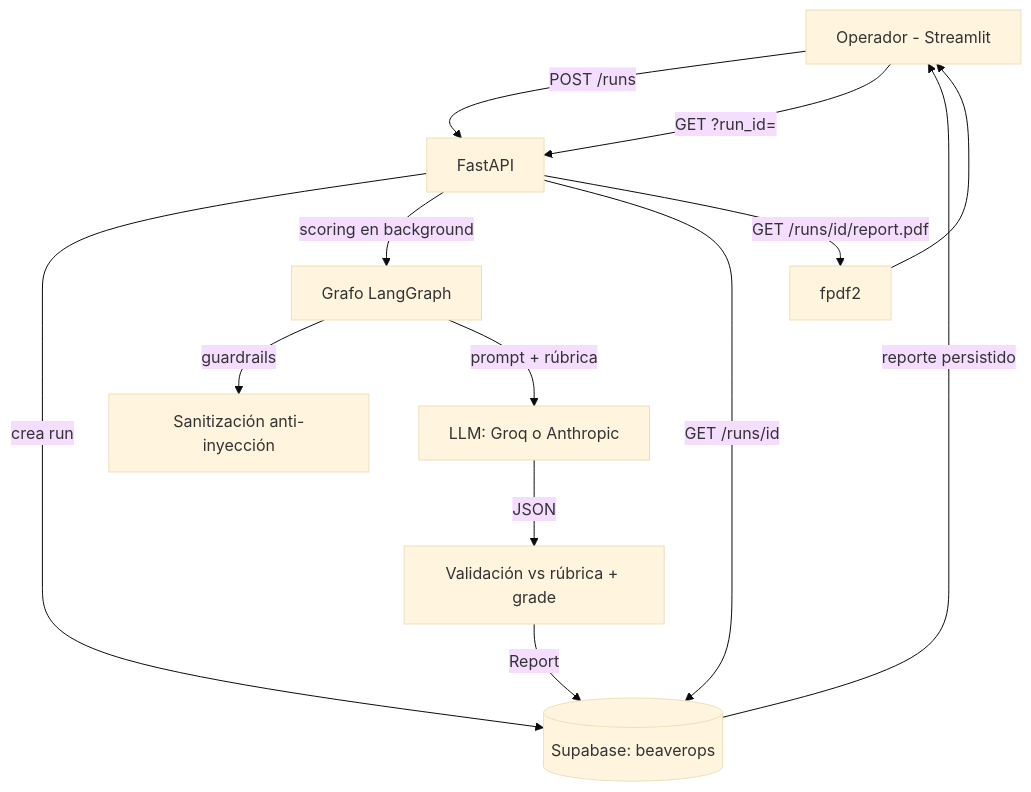
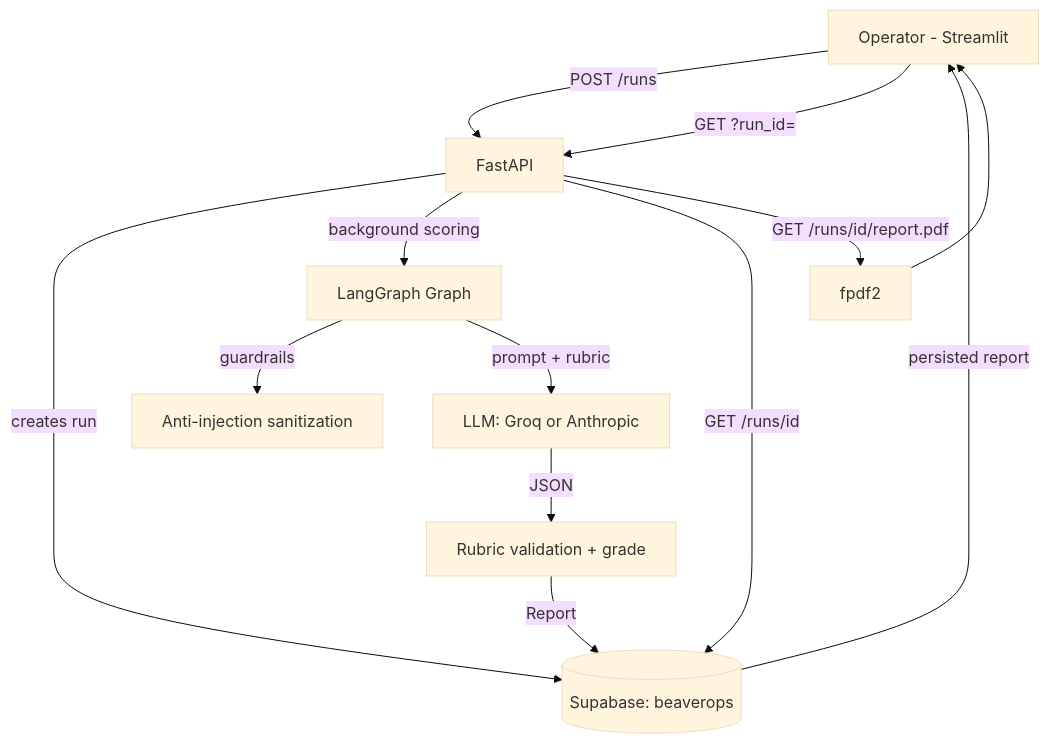
Before and after one commit to rodezayas/beavermind: the diagram in README.md, drawn with Mermaid (base theme). The commit also changed other lines of this file and 45 other files, not shown here.

````diff
--- a/README.md
+++ b/README.md
@@ -84,15 +83,15 @@
 ```mermaid
 flowchart TD
-    Operator[Operador - Streamlit] -->|POST /runs| API[FastAPI]
+    Operator[Operator - Streamlit] -->|POST /runs| API[FastAPI]
     Operator -->|GET ?run_id=| API
-    API -->|crea run| Supabase[(Supabase: beaverops)]
-    API -->|scoring en background| Graph[Grafo LangGraph]
-    Graph -->|guardrails| Sanitize[Sanitización anti-inyección]
-    Graph -->|prompt + rúbrica| LLM[LLM: Groq o Anthropic]
-    LLM -->|JSON| Scoring[Validación vs rúbrica + grade]
+    API -->|creates run| Supabase[(Supabase: beaverops)]
+    API -->|background scoring| Graph[LangGraph Graph]
+    Graph -->|guardrails| Sanitize[Anti-injection sanitization]
+    Graph -->|prompt + rubric| LLM[LLM: Groq or Anthropic]
+    LLM -->|JSON| Scoring[Rubric validation + grade]
     Scoring -->|Report| Supabase
     API -->|GET /runs/id| Supabase
     API -->|GET /runs/id/report.pdf| PDF[fpdf2]
     PDF --> Operator
-    Supabase -->|reporte persistido| Operator
+    Supabase -->|persisted report| Operator
 ```
````
